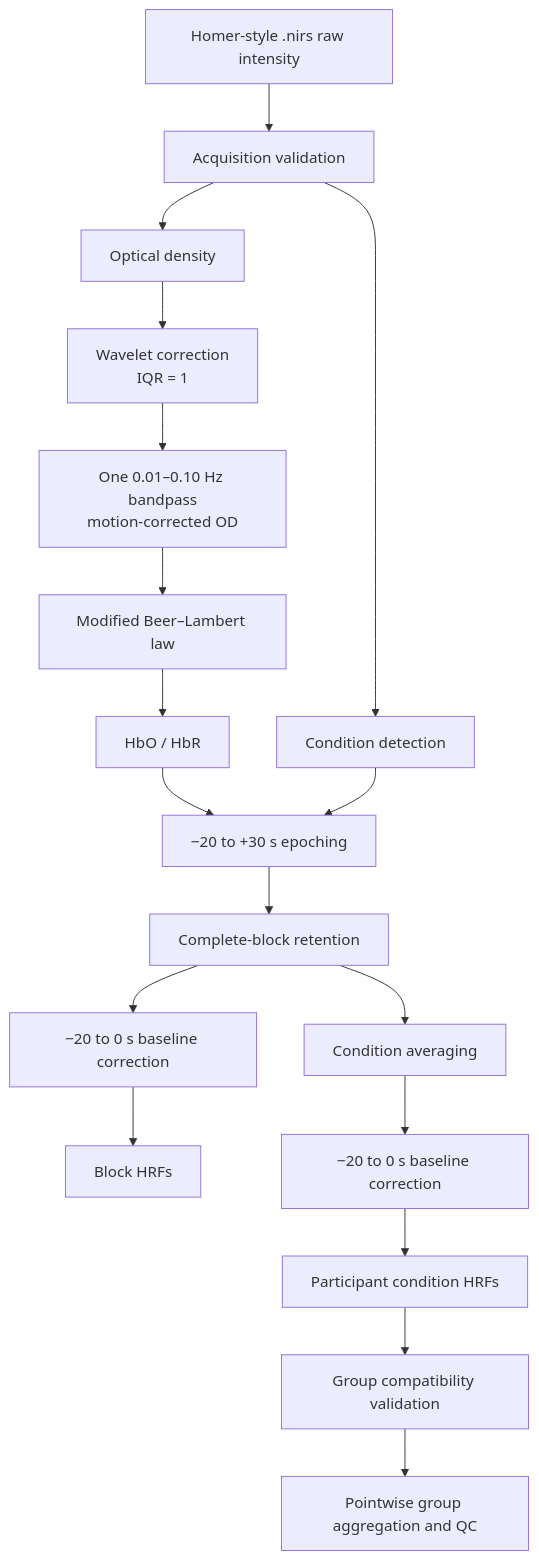
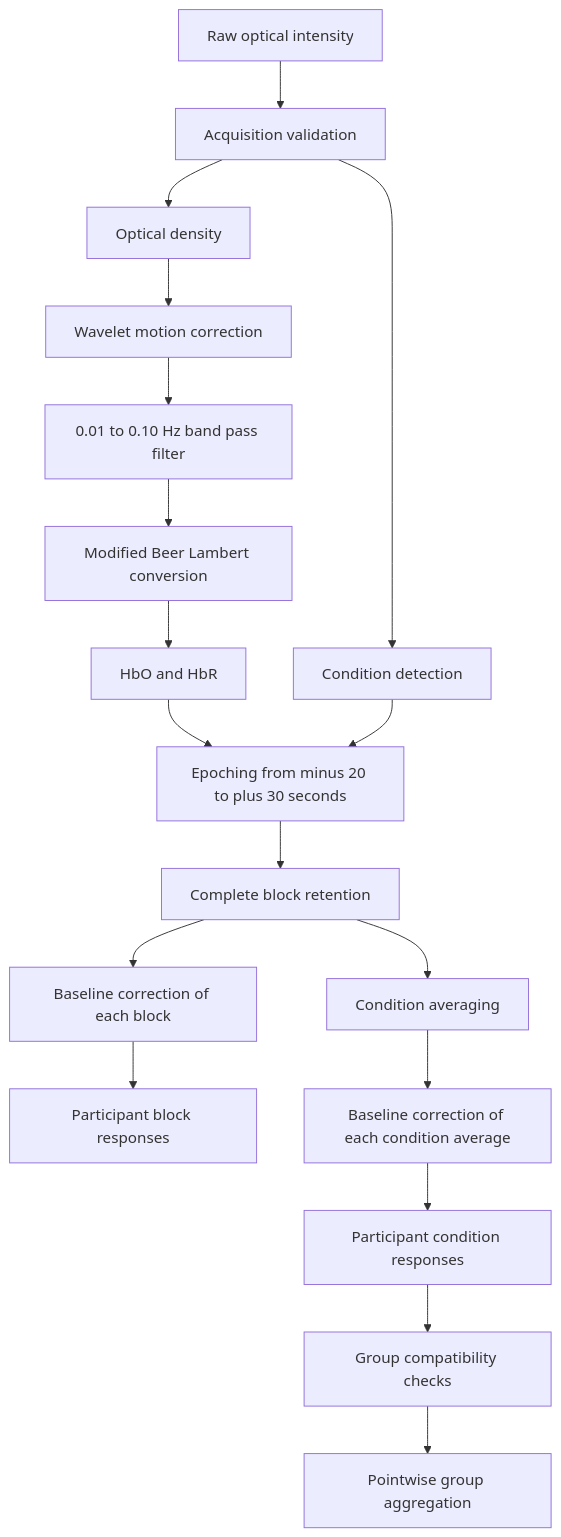
Before and after one commit to rifathhasan/fnirs-vestibulo-oculomotor-preprocessing: the diagram in README.md, drawn with Mermaid. The commit also changed other lines of this file and 9 other files, not shown here.

````diff
--- a/README.md
+++ b/README.md
@@ -15,20 +13,20 @@
 ```mermaid
 flowchart TD
-    A[Homer-style .nirs raw intensity] --> B[Acquisition validation]
+    A[Raw optical intensity] --> B[Acquisition validation]
     B --> C[Optical density]
-    C --> D[Wavelet correction<br/>IQR = 1]
-    D --> E[One 0.01–0.10 Hz bandpass<br/>motion-corrected OD]
-    E --> F[Modified Beer–Lambert law]
-    F --> G[HbO / HbR]
+    C --> D[Wavelet motion correction]
+    D --> E[0.01 to 0.10 Hz band pass filter]
+    E --> F[Modified Beer Lambert conversion]
+    F --> G[HbO and HbR]
     B --> H[Condition detection]
-    G --> I[−20 to +30 s epoching]
+    G --> I[Epoching from minus 20 to plus 30 seconds]
     H --> I
-    I --> J[Complete-block retention]
-    J --> K[−20 to 0 s baseline correction]
-    K --> L[Block HRFs]
+    I --> J[Complete block retention]
+    J --> K[Baseline correction of each block]
+    K --> L[Participant block responses]
     J --> M[Condition averaging]
-    M --> N[−20 to 0 s baseline correction]
-    N --> O[Participant condition HRFs]
-    O --> P[Group compatibility validation]
-    P --> Q[Pointwise group aggregation and QC]
+    M --> N[Baseline correction of each condition average]
+    N --> O[Participant condition responses]
+    O --> P[Group compatibility checks]
+    P --> Q[Pointwise group aggregation]
 ```
````
